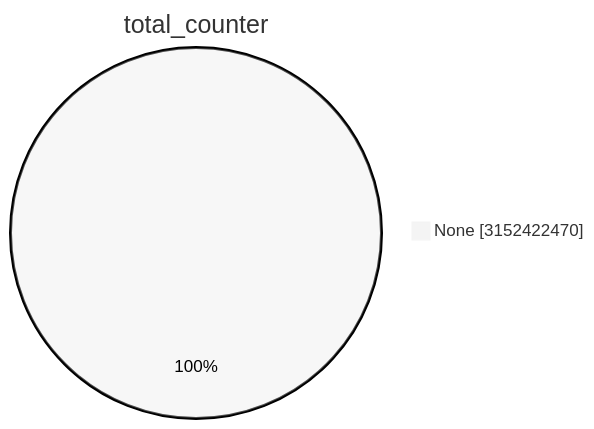
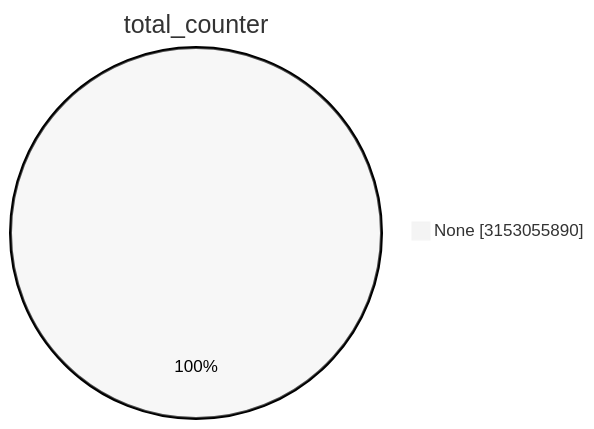
One commit to christiankrug/ctmonitor_visualization changed the first of 15 diagrams in TOTAL/README.md. Above: the diagram before and after it, drawn with Mermaid (neutral theme). The commit also changed other lines of this file, not shown here.

````diff
--- a/TOTAL/README.md
+++ b/TOTAL/README.md
@@ -1,5 +1,5 @@
 ```mermaid
 pie showData
 title total_counter
-"None" :3152422470
+"None" :3153055890
 ```
````
